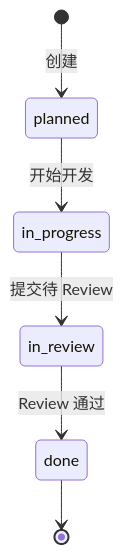
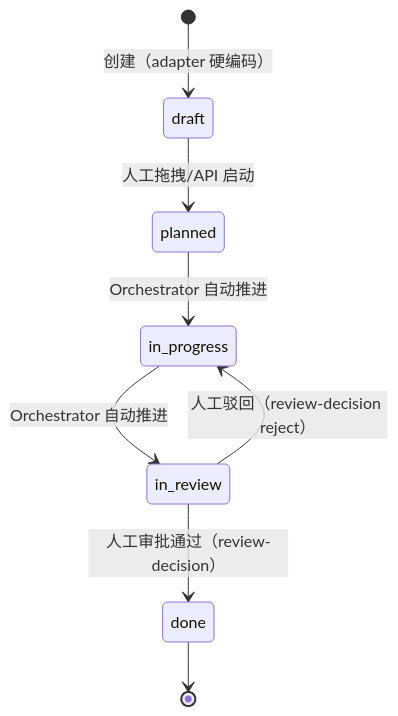
The first of 2 diagrams in docs/architecture/foundations/issue.md (Chengchcc/my-agent-team), drawn with Mermaid before and after one commit. The commit also changed other lines of this file and 2 other files, not shown here.

Commit message:
docs(docs): sync M18 arch pages with code — draft, renderPrompt, human gate

````diff
--- a/docs/architecture/foundations/issue.md
+++ b/docs/architecture/foundations/issue.md
@@ -53,8 +53,10 @@
 ```mermaid
 stateDiagram-v2
-  [*] --> planned: 创建
-  planned --> in_progress: 开始开发
-  in_progress --> in_review: 提交待 Review
-  in_review --> done: Review 通过
+  [*] --> draft: 创建（adapter 硬编码）
+  draft --> planned: 人工拖拽/API 启动
+  planned --> in_progress: Orchestrator 自动推进
+  in_progress --> in_review: Orchestrator 自动推进
+  in_review --> done: 人工审批通过（review-decision）
+  in_review --> in_progress: 人工驳回（review-decision reject）
   done --> [*]
 ```
````
